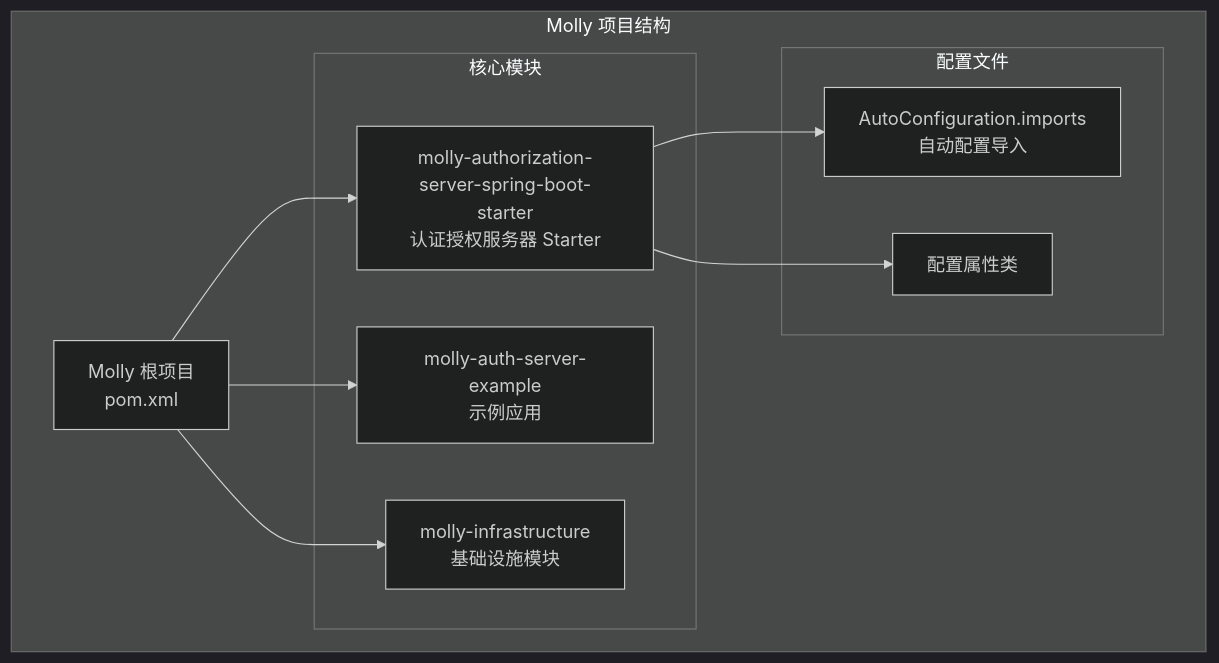
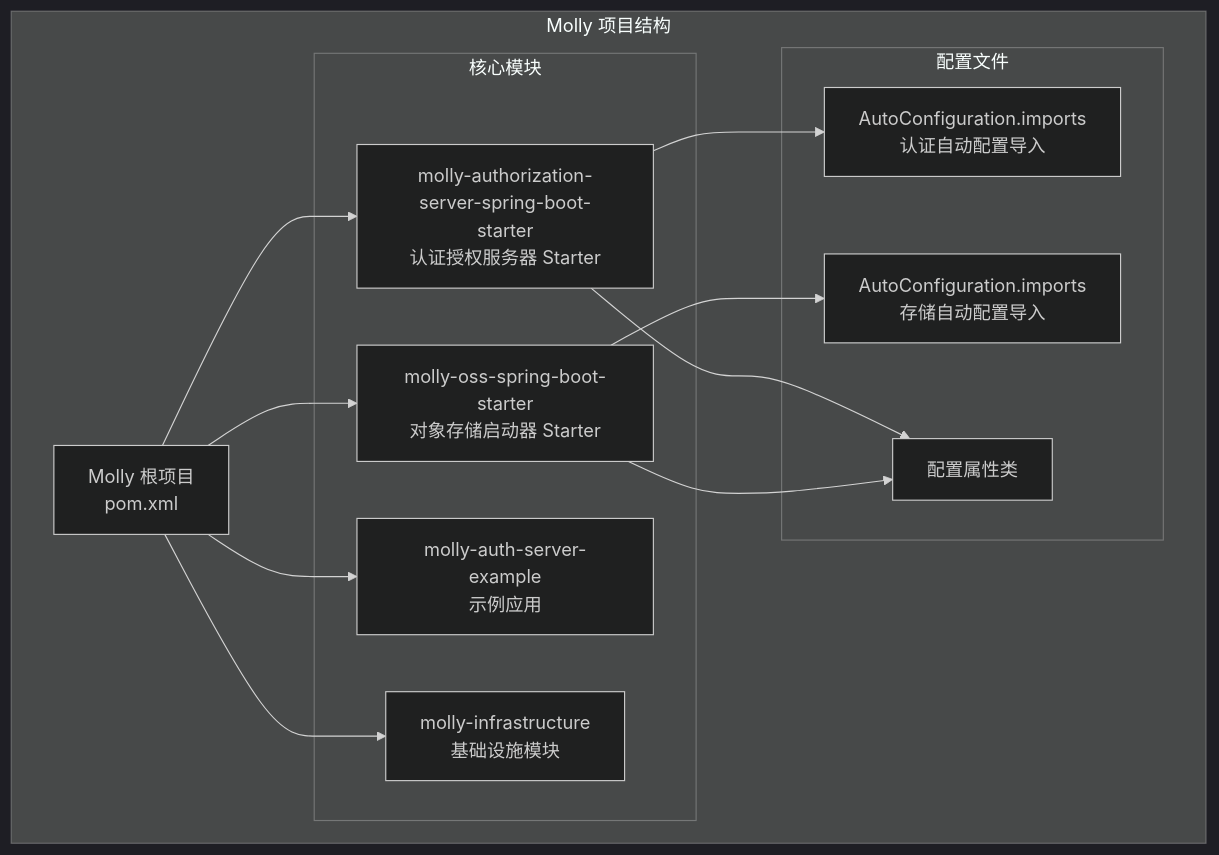
Before and after one commit to hutengqi/molly: the first of 13 diagrams in .qoder/repowiki/zh/content/扩展点和自定义.md, drawn with Mermaid (dark theme). The commit also changed other lines of this file and 3 other files, not shown here.

````diff
--- a/.qoder/repowiki/zh/content/扩展点和自定义.md
+++ b/.qoder/repowiki/zh/content/扩展点和自定义.md
@@ -36,20 +49,25 @@
 ```mermaid
 graph TB
 subgraph "Molly 项目结构"
 Root[Molly 根项目<br/>pom.xml]
 subgraph "核心模块"
-Starter[molly-authorization-server-spring-boot-starter<br/>认证授权服务器 Starter]
+AuthStarter[molly-authorization-server-spring-boot-starter<br/>认证授权服务器 Starter]
+OssStarter[molly-oss-spring-boot-starter<br/>对象存储启动器 Starter]
 Example[molly-auth-server-example<br/>示例应用]
 Infrastructure[molly-infrastructure<br/>基础设施模块]
 end
 subgraph "配置文件"
-AutoImports[AutoConfiguration.imports<br/>自动配置导入]
+AuthAutoImports[AutoConfiguration.imports<br/>认证自动配置导入]
+OssAutoImports[AutoConfiguration.imports<br/>存储自动配置导入]
 Properties[配置属性类]
 end
-Root --> Starter
+Root --> AuthStarter
+Root --> OssStarter
 Root --> Example
 Root --> Infrastructure
-Starter --> AutoImports
-Starter --> Properties
+AuthStarter --> AuthAutoImports
+OssStarter --> OssAutoImports
+AuthStarter --> Properties
+OssStarter --> Properties
 end
 ```
````
